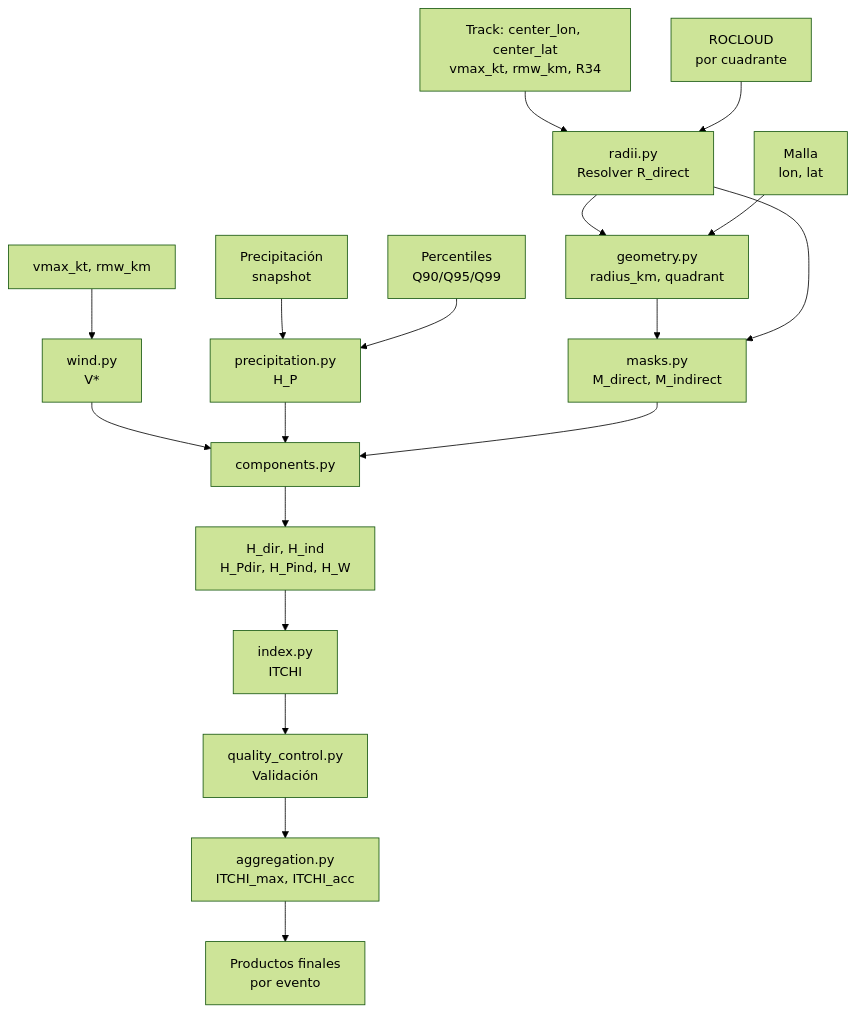
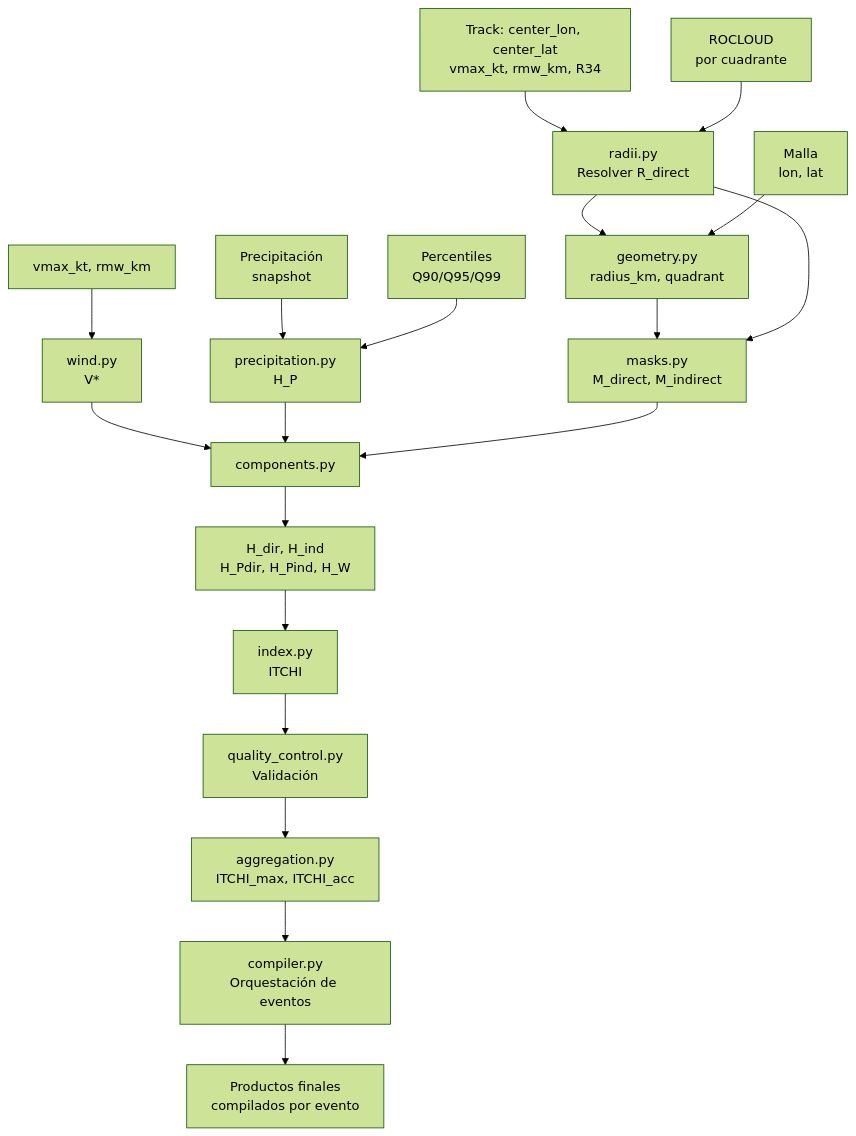
The diagram in docs/architecture.md (apereze/itchi-core), drawn with Mermaid (forest theme) before and after one commit. The commit also changed other lines of this file, not shown here.

First line of the commit message:
Update architecture documentation after compiler implementation

````diff
--- a/docs/architecture.md
+++ b/docs/architecture.md
@@ -709,35 +773,36 @@
 ```mermaid
 flowchart TD
 
     TRK["Track: center_lon, center_lat<br/>vmax_kt, rmw_km, R34"]
     TRK --> RD["radii.py<br/>Resolver R_direct"]
 
     PC["Precipitación<br/>snapshot"]
     PERC["Percentiles<br/>Q90/Q95/Q99"]
     PC --> PRECIP["precipitation.py<br/>H_P"]
     PERC --> PRECIP
 
     ROC["ROCLOUD<br/>por cuadrante"]
     ROC --> RD
 
     RD --> GEO["geometry.py<br/>radius_km, quadrant"]
     MALLA["Malla<br/>lon, lat"]
     MALLA --> GEO
 
     GEO --> M["masks.py<br/>M_direct, M_indirect"]
     RD --> M
 
     VMAX["vmax_kt, rmw_km"]
     VMAX --> W["wind.py<br/>V*"]
     W --> C["components.py"]
 
     PRECIP --> C
     M --> C
 
     C --> HDIR["H_dir, H_ind<br/>H_Pdir, H_Pind, H_W"]
     HDIR --> IDX["index.py<br/>ITCHI"]
     IDX --> QC["quality_control.py<br/>Validación"]
     QC --> AGG["aggregation.py<br/>ITCHI_max, ITCHI_acc"]
 
-    AGG --> OUT["Productos finales<br/>por evento"]
+    AGG --> COMP["compiler.py<br/>Orquestación de eventos"]
+    COMP --> OUT["Productos finales<br/>compilados por evento"]
 ```
````
